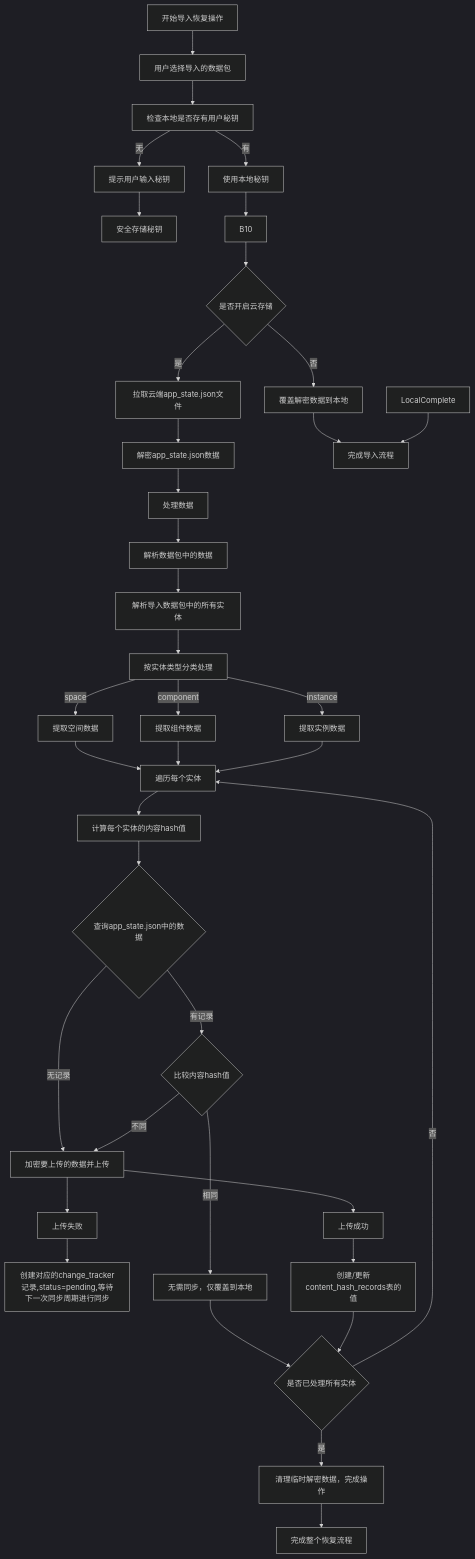
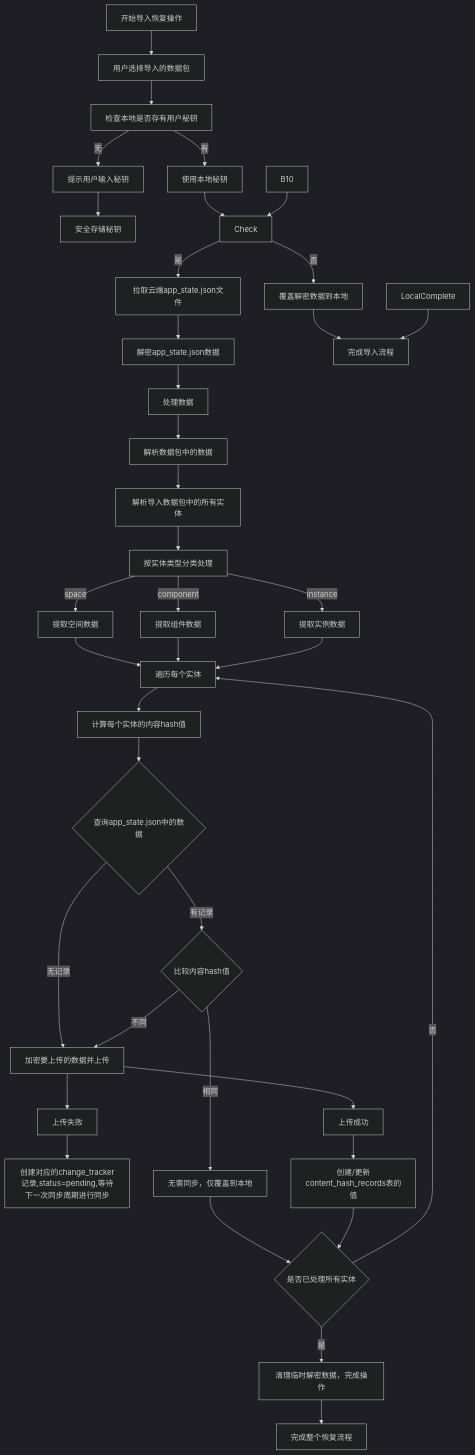
Before and after one commit to yingjianzh/iodraw-files: the diagram in all/未命名-47.md, drawn with Mermaid (dark theme).

Commit message:
2025-04-29 15:00:26 update

````diff
--- a/all/未命名-47.md
+++ b/all/未命名-47.md
@@ -1,56 +1,56 @@
 ```mermaid
 flowchart TD
     A[开始导入恢复操作] --> B[用户选择导入的数据包]
     B --> B1[检查本地是否存有用户秘钥]
     
     B1 -->|有| B3[使用本地秘钥]
     B1 -->|无| B4[提示用户输入秘钥]
 
     B4 --> B8[安全存储秘钥]
-    B3 --> 
+    B3 --> Check
 
-    B10 --> Check{是否开启云存储}
+    B10 --> Check
     Check --> |否| LocalOnly[覆盖解密数据到本地]
     
     Check --> |是| Download[拉取云端app_state.json文件]
     Download --> AppState[解密app_state.json数据]
 
     LocalOnly --> Complete[完成导入流程]
     AppState --> Process[处理数据]
 
     Process --> C[解析数据包中的数据]
     
     C --> D[解析导入数据包中的所有实体]
     D --> G[按实体类型分类处理]
     
     G -->|space| H1[提取空间数据]
     G -->|component| H2[提取组件数据]
     G -->|instance| H3[提取实例数据]
     
     H1 --> I[遍历每个实体]
     H2 --> I
     H3 --> I
     
     I --> CalcHash[计算每个实体的内容hash值]
     CalcHash --> L{查询app_state.json中的数据}
     
     L -->|无记录| M1[加密要上传的数据并上传]
     M1 --> N1[上传成功]
     M1 --> N2[上传失败]
     
     N2 --> N3[创建对应的change_tracker记录,status=pending,等待下一次同步周期进行同步]
     N1 --> M4[创建/更新content_hash_records表的值]
     LocalComplete --> Complete
 
     L -->|有记录| M2{比较内容hash值}
     M2 -->|相同| M3[无需同步，仅覆盖到本地]
     M2 -->|不同| M1
     
     M3 --> S{是否已处理所有实体}
     M4 --> S
 
     S -->|否| I
     S -->|是| U[清理临时解密数据，完成操作]
 
     U --> V[完成整个恢复流程]
 ```
````
